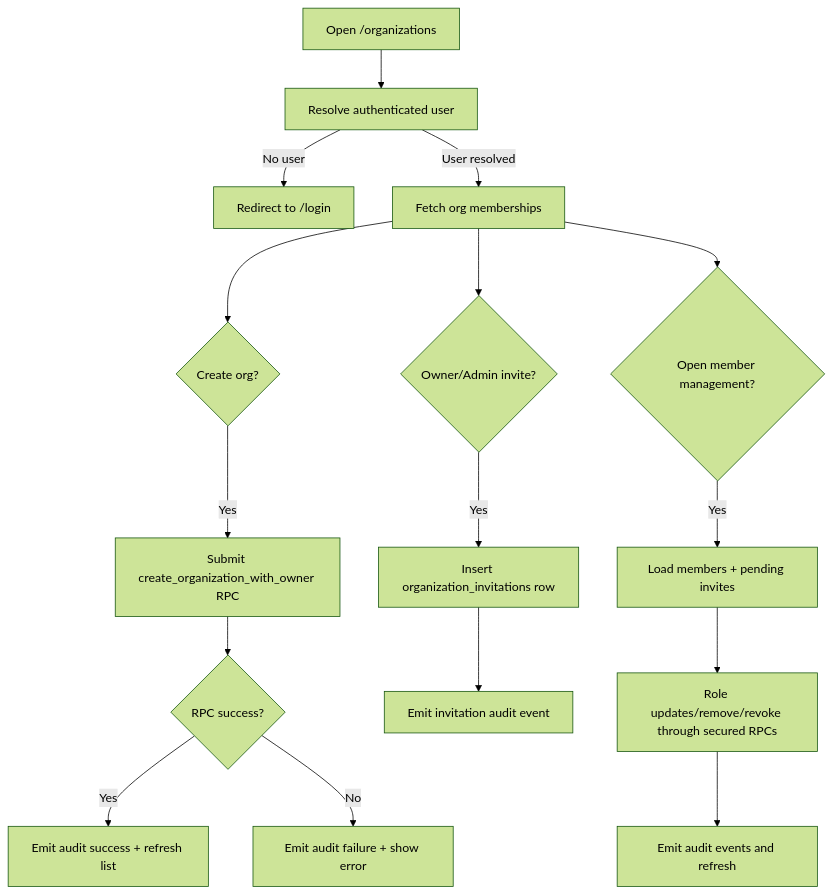
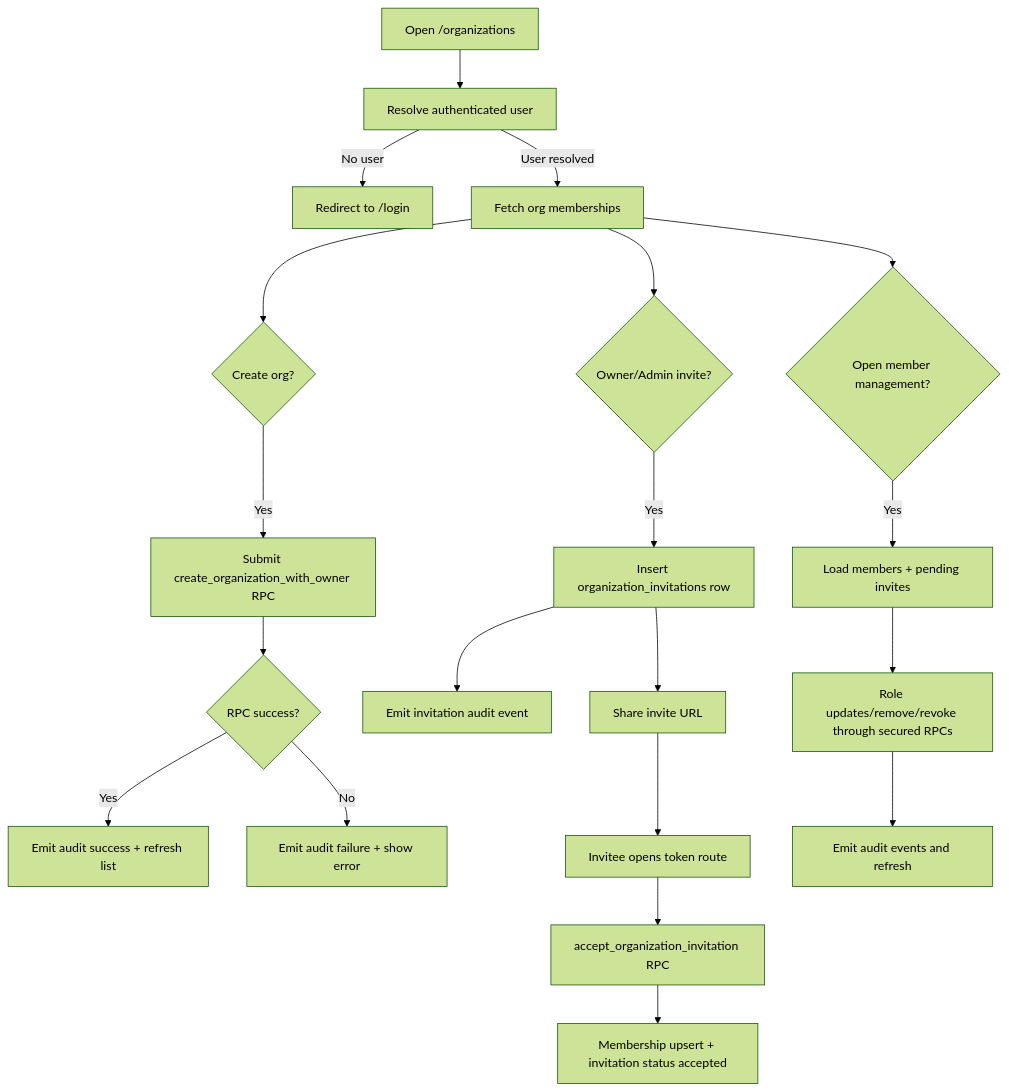
One commit to AmanVatsSharma/AiCloudStorage changed the diagram in app/components/organizations/README.md. Above: the diagram before and after it, drawn with Mermaid (forest theme). The commit also changed other lines of this file and 6 other files, not shown here.

Commit message:
Add secure organization invitation acceptance flow

````diff
--- a/app/components/organizations/README.md
+++ b/app/components/organizations/README.md
@@ -32,18 +33,22 @@
 ```mermaid
 flowchart TD
   A[Open /organizations] --> B[Resolve authenticated user]
   B -->|No user| C[Redirect to /login]
   B -->|User resolved| D[Fetch org memberships]
   D --> E{Create org?}
   E -->|Yes| F[Submit create_organization_with_owner RPC]
   F --> G{RPC success?}
   G -->|Yes| H[Emit audit success + refresh list]
   G -->|No| I[Emit audit failure + show error]
   D --> J{Owner/Admin invite?}
   J -->|Yes| K[Insert organization_invitations row]
   K --> L[Emit invitation audit event]
   D --> M{Open member management?}
   M -->|Yes| N[Load members + pending invites]
   N --> O[Role updates/remove/revoke through secured RPCs]
   O --> P[Emit audit events and refresh]
+  K --> Q[Share invite URL]
+  Q --> R[Invitee opens token route]
+  R --> S[accept_organization_invitation RPC]
+  S --> T[Membership upsert + invitation status accepted]
 ```
````
